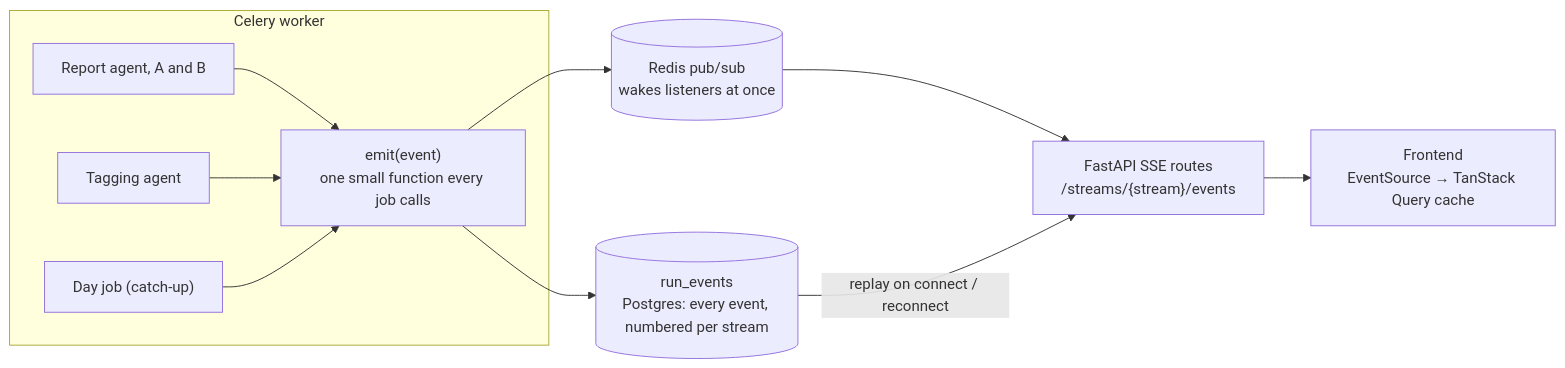
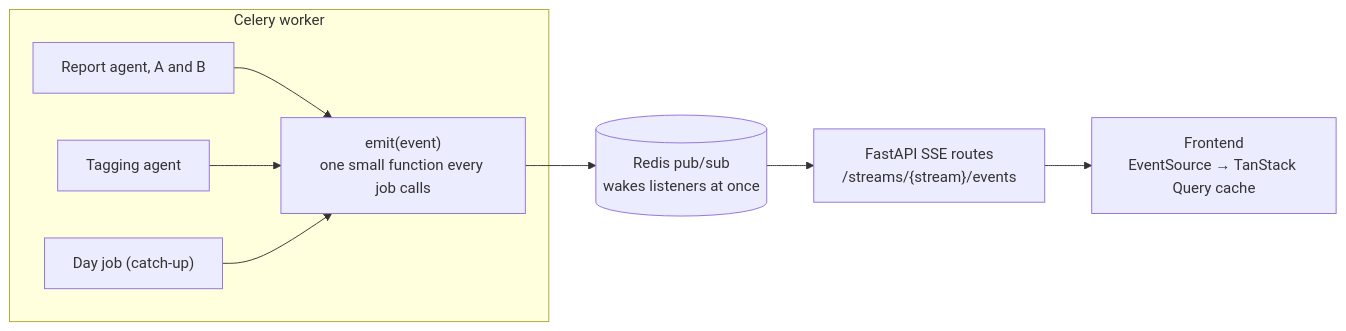
Before and after one commit to brianaderer/transcendent: the diagram in docs/atlas/40-backend/41-live-events.md, drawn with Mermaid. The commit also changed other lines of this file and 5 other files, not shown here.

Commit message:
Atlas: no run history, stored events, checkpoints or Runs screen (OPEN-24)

````diff
--- a/docs/atlas/40-backend/41-live-events.md
+++ b/docs/atlas/40-backend/41-live-events.md
@@ -10,22 +10,19 @@
 ```mermaid
 flowchart LR
     subgraph WORKER["Celery worker"]
         REP["Report agent, A and B"]
         TAG["Tagging agent"]
         DAY["Day job (catch-up)"]
         EMIT["emit(event)<br/>one small function every job calls"]
         REP --> EMIT
         TAG --> EMIT
         DAY --> EMIT
     end
-    LOG[("run_events<br/>Postgres: every event, numbered per stream")]
     PUB[("Redis pub/sub<br/>wakes listeners at once")]
     SSE["FastAPI SSE routes<br/>/streams/{stream}/events"]
     FE["Frontend<br/>EventSource → TanStack Query cache"]
 
-    EMIT --> LOG
     EMIT --> PUB
     PUB --> SSE
-    LOG -->|"replay on connect / reconnect"| SSE
     SSE --> FE
 ```
````
